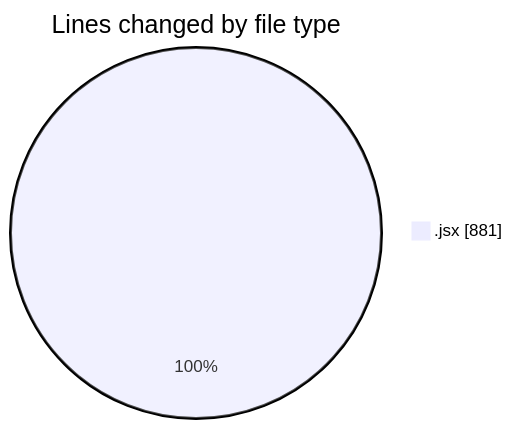
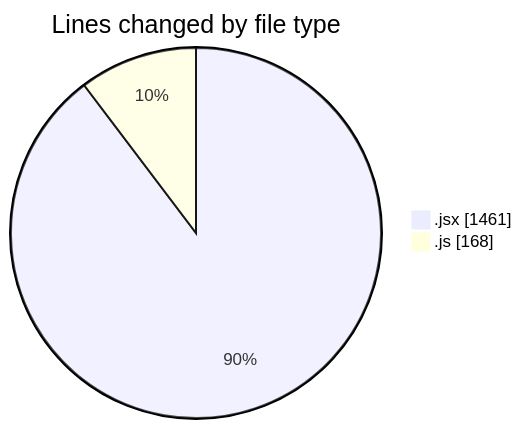
Before and after one commit to nxtqubesakshisongat/code-tracking: the first of 2 diagrams in 2025-07-09/argos/README.md, drawn with Mermaid. The commit also changed other lines of this file and 1 other file, not shown here.

````diff
--- a/2025-07-09/argos/README.md
+++ b/2025-07-09/argos/README.md
@@ -20,5 +22,6 @@
 ```mermaid
 pie showData
 title Lines changed by file type
-".jsx" : 881
+".jsx" : 1461
+".js" : 168
 ```
````
